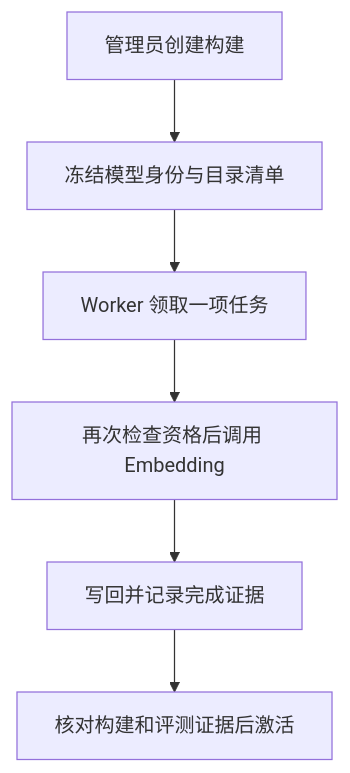
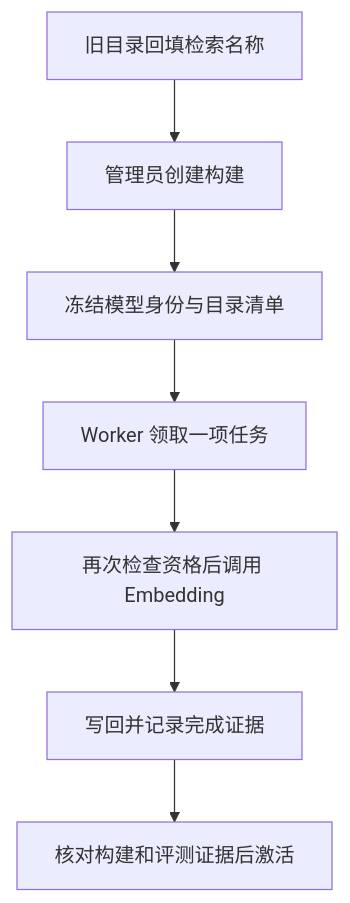
Before and after one commit to HuaguoshanLab/identify-food-calories: the diagram in docs/learning/feature-vector-index.md, drawn with Mermaid. The commit also changed other lines of this file and 12 other files, not shown here.

````diff
--- a/docs/learning/feature-vector-index.md
+++ b/docs/learning/feature-vector-index.md
@@ -19,14 +19,16 @@
 ```mermaid
 flowchart TD
+    N00["旧目录回填检索名称"]
     N0["管理员创建构建"]
     N1["冻结模型身份与目录清单"]
+    N00 --> N0
     N0 --> N1
     N2["Worker 领取一项任务"]
     N1 --> N2
     N3["再次检查资格后调用 Embedding"]
     N2 --> N3
     N4["写回并记录完成证据"]
     N3 --> N4
     N5["核对构建和评测证据后激活"]
     N4 --> N5
 ```
````
